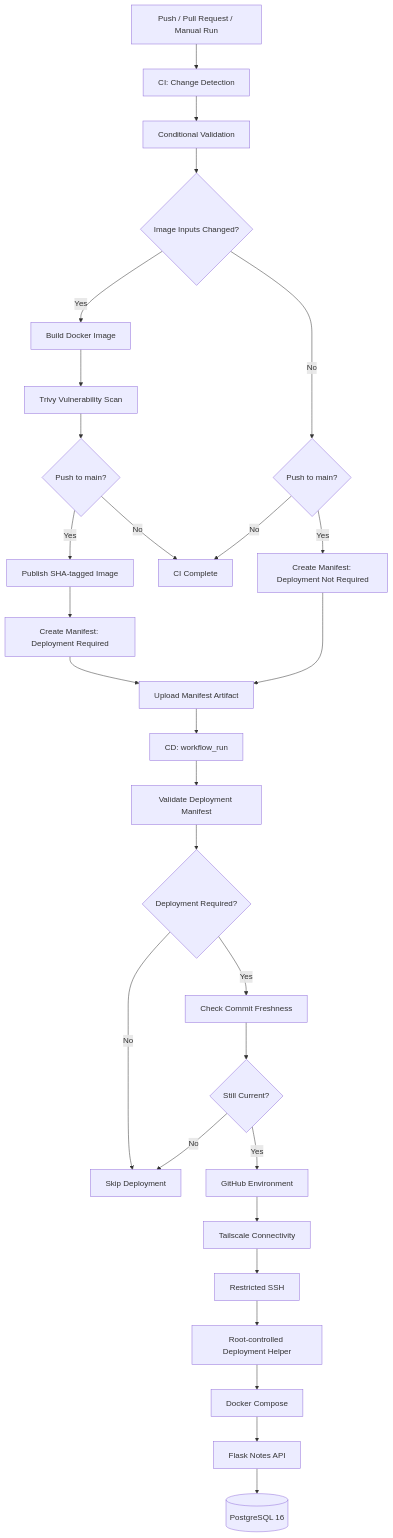
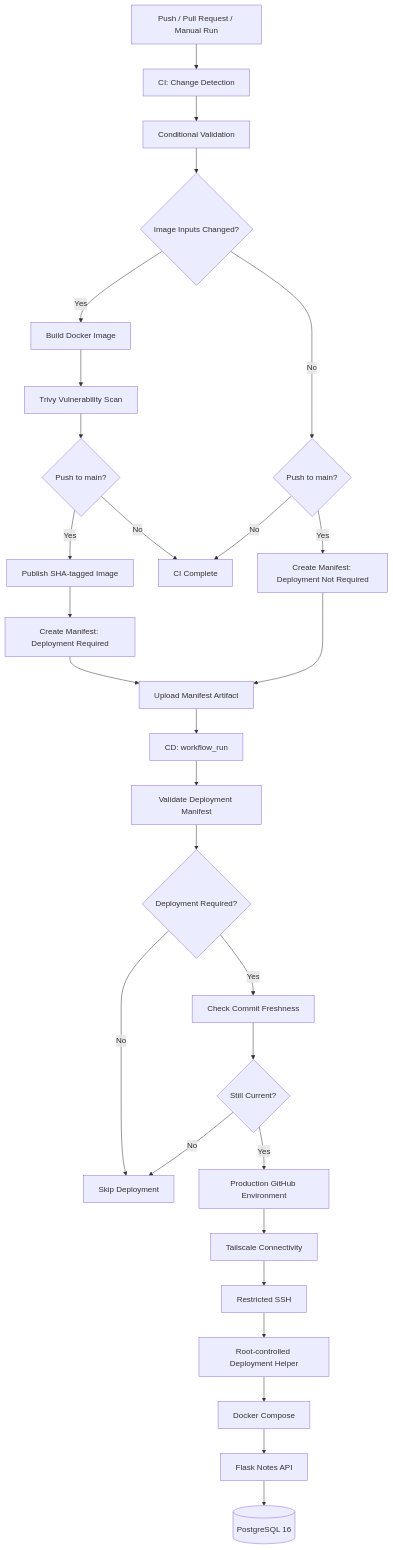
One commit to SufiyanKhanCloud/homelab-devops-labs changed the diagram in labs/05-docker-compose/README.md. Above: the diagram before and after it, drawn with Mermaid. The commit also changed other lines of this file, not shown here.

````diff
--- a/labs/05-docker-compose/README.md
+++ b/labs/05-docker-compose/README.md
@@ -11,38 +11,38 @@
 ```mermaid
 flowchart TD
     A["Push / Pull Request / Manual Run"] --> B["CI: Change Detection"]
     B --> C["Conditional Validation"]
 
     C --> D{"Image Inputs Changed?"}
 
     D -->|Yes| E["Build Docker Image"]
     E --> F["Trivy Vulnerability Scan"]
     F --> G{"Push to main?"}
     G -->|Yes| H["Publish SHA-tagged Image"]
     G -->|No| I["CI Complete"]
 
     D -->|No| J{"Push to main?"}
     J -->|No| I
     J -->|Yes| K["Create Manifest: Deployment Not Required"]
 
     H --> L["Create Manifest: Deployment Required"]
     K --> M["Upload Manifest Artifact"]
     L --> M
 
     M --> N["CD: workflow_run"]
     N --> O["Validate Deployment Manifest"]
     O --> P{"Deployment Required?"}
 
     P -->|No| Q["Skip Deployment"]
     P -->|Yes| R["Check Commit Freshness"]
     R --> S{"Still Current?"}
 
     S -->|No| Q
-    S -->|Yes| T["GitHub Environment"]
+    S -->|Yes| T["Production GitHub Environment"]
     T --> U["Tailscale Connectivity"]
     U --> V["Restricted SSH"]
     V --> W["Root-controlled Deployment Helper"]
     W --> X["Docker Compose"]
     X --> Y["Flask Notes API"]
     Y --> Z[("PostgreSQL 16")]
 ```
````
